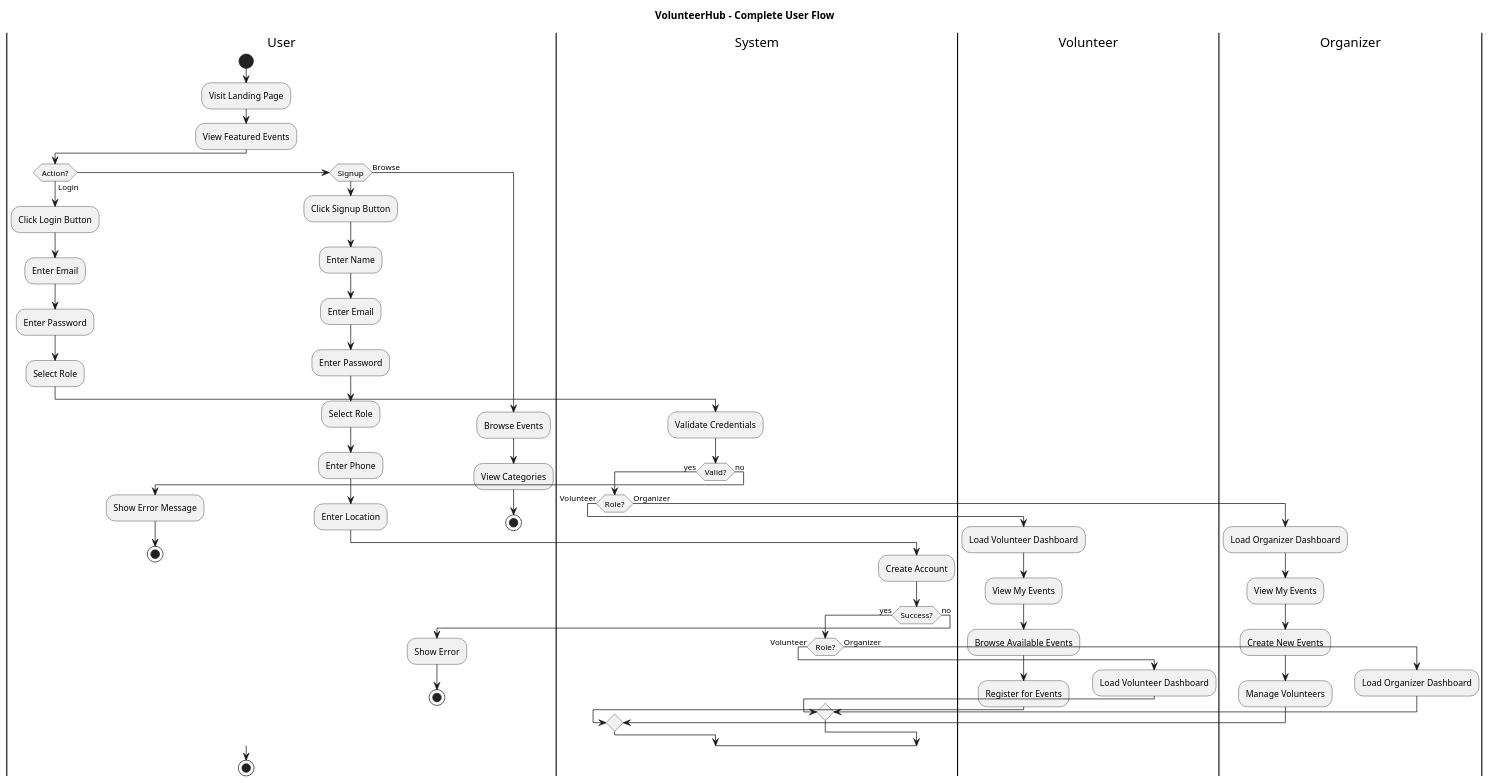
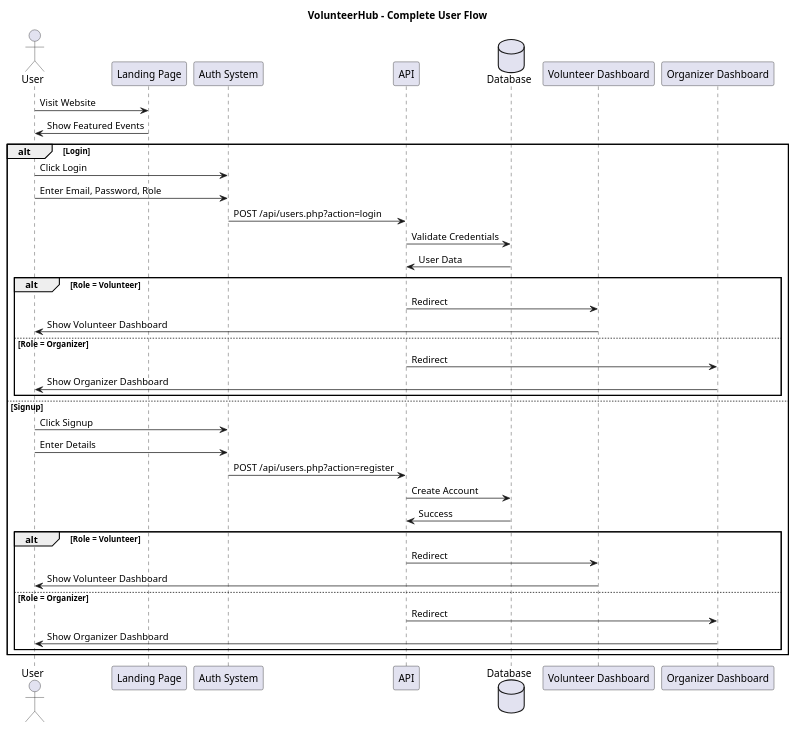
One commit to Llego-250/volunteerHub changed the first of 8 diagrams in flow_diagrams.puml. Above: the diagram before and after it, drawn with PlantUML. The commit also changed other lines of this file, not shown here.

Commit message:
flow diagram

```diff
--- a/flow_diagrams.puml
+++ b/flow_diagrams.puml
@@ -1,68 +1,46 @@
-@startuml CompleteUserFlow
+@startuml
 title VolunteerHub - Complete User Flow
 
-|User|
-start
-:Visit Landing Page;
-:View Featured Events;
+actor User
+participant "Landing Page" as LP
+participant "Auth System" as Auth
+participant "API" as API
+database "Database" as DB
+participant "Volunteer Dashboard" as VD
+participant "Organizer Dashboard" as OD
 
-|User|
-if (Action?) then (Login)
-  :Click Login Button;
-  :Enter Email;
-  :Enter Password;
-  :Select Role;
-  |System|
-  :Validate Credentials;
-  |System|
-  if (Valid?) then (yes)
-    if (Role?) then (Volunteer)
-      |Volunteer|
-      :Load Volunteer Dashboard;
-      :View My Events;
-      :Browse Available Events;
-      :Register for Events;
-    else (Organizer)
-      |Organizer|
-      :Load Organizer Dashboard;
-      :View My Events;
-      :Create New Events;
-      :Manage Volunteers;
-    endif
-  else (no)
-    |User|
-    :Show Error Message;
-    stop
-  endif
-elseif (Signup) then
-  :Click Signup Button;
-  :Enter Name;
-  :Enter Email;
-  :Enter Password;
-  :Select Role;
-  :Enter Phone;
-  :Enter Location;
-  |System|
-  :Create Account;
-  |System|
-  if (Success?) then (yes)
-    if (Role?) then (Volunteer)
-      |Volunteer|
-      :Load Volunteer Dashboard;
-    else (Organizer)
-      |Organizer|
-      :Load Organizer Dashboard;
-    endif
-  else (no)
-    |User|
-    :Show Error;
-    stop
-  endif
-else (Browse)
-  :Browse Events;
-  :View Categories;
-  stop
-endif
+User -> LP: Visit Website
+LP -> User: Show Featured Events
 
-stop
+alt Login
+    User -> Auth: Click Login
+    User -> Auth: Enter Email, Password, Role
+    Auth -> API: POST /api/users.php?action=login
+    API -> DB: Validate Credentials
+    DB -> API: User Data
+    
+    alt Role = Volunteer
+        API -> VD: Redirect
+        VD -> User: Show Volunteer Dashboard
+    else Role = Organizer
+        API -> OD: Redirect
+        OD -> User: Show Organizer Dashboard
+    end
+    
+else Signup
+    User -> Auth: Click Signup
+    User -> Auth: Enter Details
+    Auth -> API: POST /api/users.php?action=register
+    API -> DB: Create Account
+    DB -> API: Success
+    
+    alt Role = Volunteer
+        API -> VD: Redirect
+        VD -> User: Show Volunteer Dashboard
+    else Role = Organizer
+        API -> OD: Redirect
+        OD -> User: Show Organizer Dashboard
+    end
+end
+
 @enduml
```
